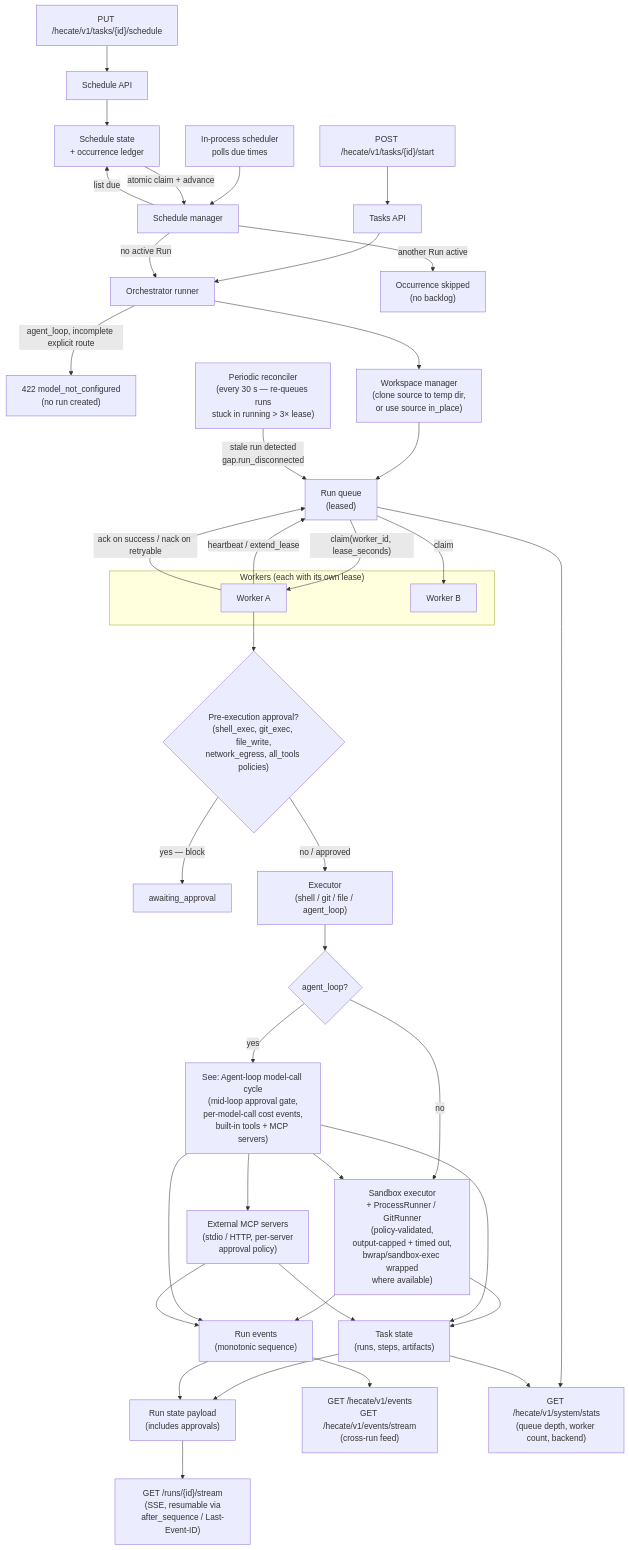
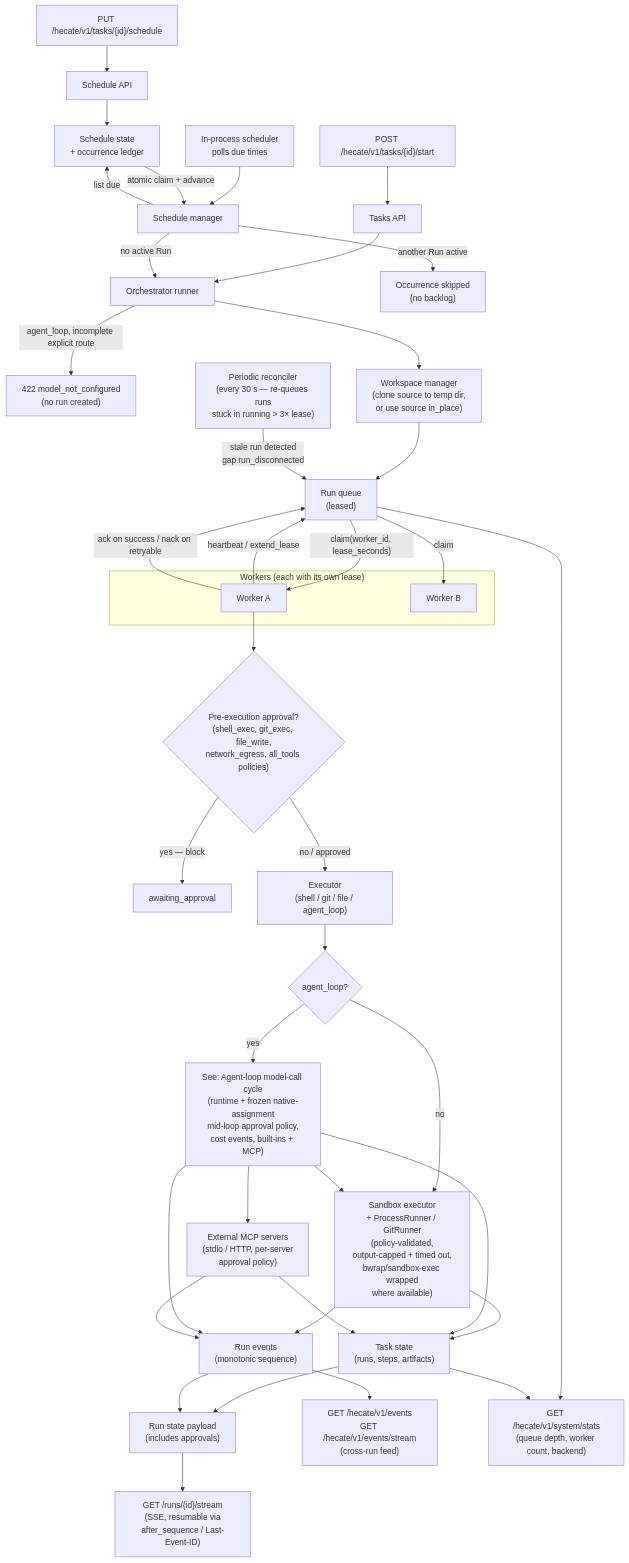
The fifth of 7 diagrams in docs/contributor/architecture.md (chicoxyzzy/hecate), drawn with Mermaid before and after one commit. The commit also changed other lines of this file and 40 other files, not shown here.

Commit message:
feat(runtime): enforce agent preset approval policies

````diff
--- a/docs/contributor/architecture.md
+++ b/docs/contributor/architecture.md
@@ -415,55 +415,55 @@
 ```mermaid
 flowchart TD
     Caller["POST /hecate/v1/tasks/{id}/start"] --> TasksApi["Tasks API"]
     TasksApi --> Runner["Orchestrator runner"]
     ScheduleEditor["PUT /hecate/v1/tasks/{id}/schedule"] --> ScheduleApi["Schedule API"]
     ScheduleApi --> ScheduleState["Schedule state<br/>+ occurrence ledger"]
     Clock["In-process scheduler<br/>polls due times"] --> Scheduler["Schedule manager"]
     Scheduler -->|"list due"| ScheduleState
     ScheduleState -->|"atomic claim + advance"| Scheduler
     Scheduler -->|"no active Run"| Runner
     Scheduler -->|"another Run active"| Skipped["Occurrence skipped<br/>(no backlog)"]
 
     Runner -->|"agent_loop, incomplete explicit route"| ErrModel["422 model_not_configured<br/>(no run created)"]
     Runner --> Workspace["Workspace manager<br/>(clone source to temp dir,<br/>or use source in_place)"]
     Workspace --> Queue["Run queue<br/>(leased)"]
 
     Reconciler["Periodic reconciler<br/>(every 30 s — re-queues runs<br/>stuck in running > 3× lease)"]
     Reconciler -->|"stale run detected<br/>gap.run_disconnected"| Queue
 
     subgraph Workers["Workers (each with its own lease)"]
         WorkerA["Worker A"]
         WorkerB["Worker B"]
     end
 
     Queue -->|"claim(worker_id, lease_seconds)"| WorkerA
     Queue -->|"claim"| WorkerB
     WorkerA -->|"heartbeat / extend_lease"| Queue
     WorkerA -->|"ack on success / nack on retryable"| Queue
 
     WorkerA --> PreApproval{"Pre-execution approval?<br/>(shell_exec, git_exec, file_write,<br/>network_egress, all_tools policies)"}
     PreApproval -->|"yes — block"| Pending["awaiting_approval"]
     PreApproval -->|"no / approved"| Executor
 
     Executor["Executor<br/>(shell / git / file / agent_loop)"]
     Executor --> AgentLoop{"agent_loop?"}
-    AgentLoop -->|"yes"| LoopRef["See: Agent-loop model-call cycle<br/>(mid-loop approval gate,<br/>per-model-call cost events,<br/>built-in tools + MCP servers)"]
+    AgentLoop -->|"yes"| LoopRef["See: Agent-loop model-call cycle<br/>(runtime + frozen native-assignment<br/>mid-loop approval policy,<br/>cost events, built-ins + MCP)"]
     AgentLoop -->|"no"| Sandbox["Sandbox executor<br/>+ ProcessRunner / GitRunner<br/>(policy-validated,<br/>output-capped + timed out,<br/>bwrap/sandbox-exec wrapped<br/>where available)"]
     LoopRef --> Sandbox
     LoopRef --> McpServers["External MCP servers<br/>(stdio / HTTP, per-server<br/>approval policy)"]
 
     Sandbox --> State["Task state<br/>(runs, steps, artifacts)"]
     LoopRef --> State
     McpServers --> State
     Sandbox --> RunEvents["Run events<br/>(monotonic sequence)"]
     LoopRef --> RunEvents
     McpServers --> RunEvents
 
     State --> Snapshot["Run state payload<br/>(includes approvals)"]
     RunEvents --> Snapshot
     Snapshot --> Stream["GET /runs/{id}/stream<br/>(SSE, resumable via<br/>after_sequence / Last-Event-ID)"]
     RunEvents --> PublicEvents["GET /hecate/v1/events<br/>GET /hecate/v1/events/stream<br/>(cross-run feed)"]
 
     Queue --> Stats["GET /hecate/v1/system/stats<br/>(queue depth, worker count, backend)"]
     State --> Stats
 ```
````
